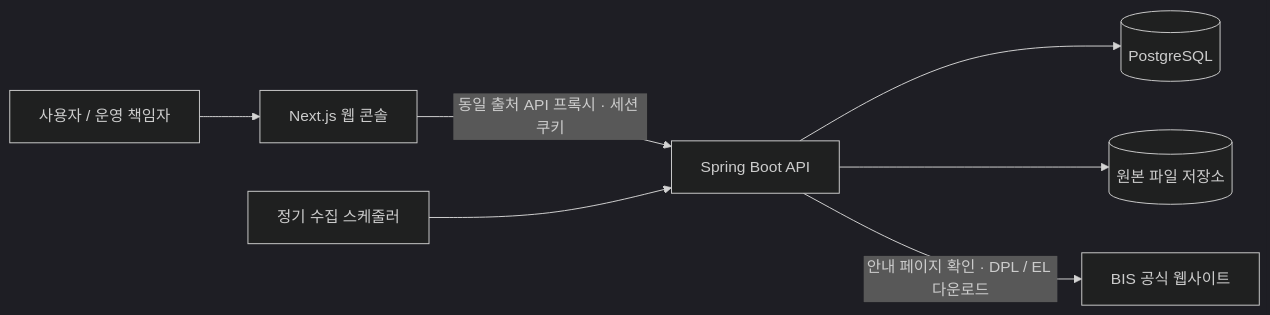
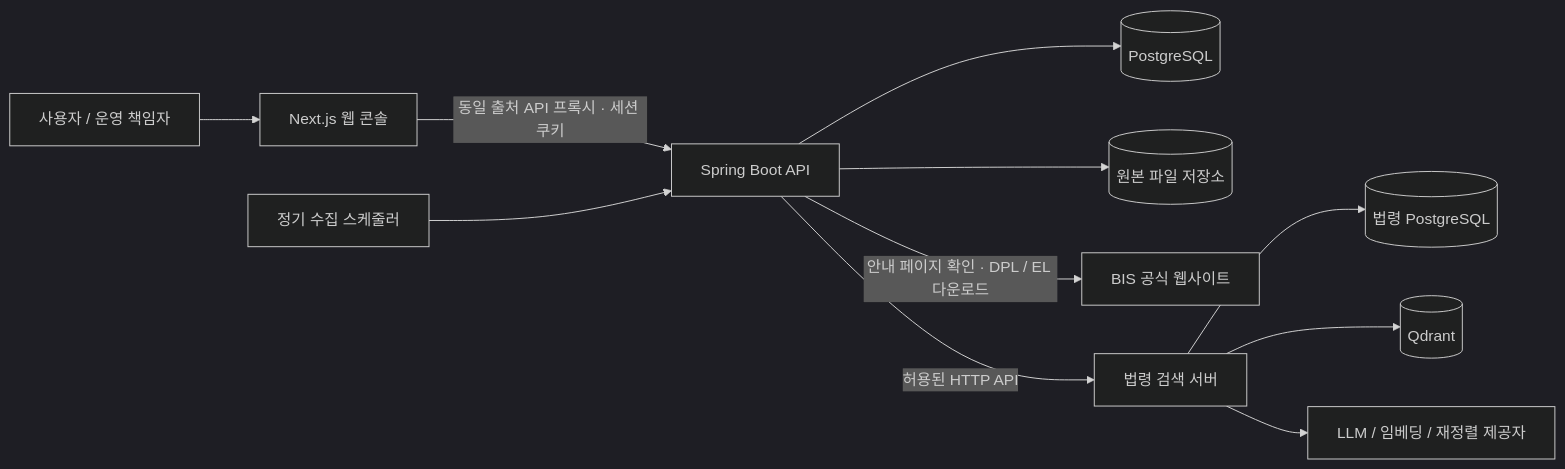
Before and after one commit to yrumupusm/tradeops_hub: the diagram in README.md, drawn with Mermaid (dark theme). The commit also changed other lines of this file and 25 other files, not shown here.

````diff
--- a/README.md
+++ b/README.md
@@ -34,9 +59,13 @@
 ```mermaid
 flowchart LR
     User["사용자 / 운영 책임자"] --> Web["Next.js 웹 콘솔"]
     Web -->|"동일 출처 API 프록시 · 세션 쿠키"| API["Spring Boot API"]
     API --> DB[("PostgreSQL")]
     API --> Files[("원본 파일 저장소")]
     API -->|"안내 페이지 확인 · DPL / EL 다운로드"| BIS["BIS 공식 웹사이트"]
     Scheduler["정기 수집 스케줄러"] --> API
+    API -->|"허용된 HTTP API"| Law["법령 검색 서버"]
+    Law --> LawDB[("법령 PostgreSQL")]
+    Law --> Vector[("Qdrant")]
+    Law --> Models["LLM / 임베딩 / 재정렬 제공자"]
 ```
````
